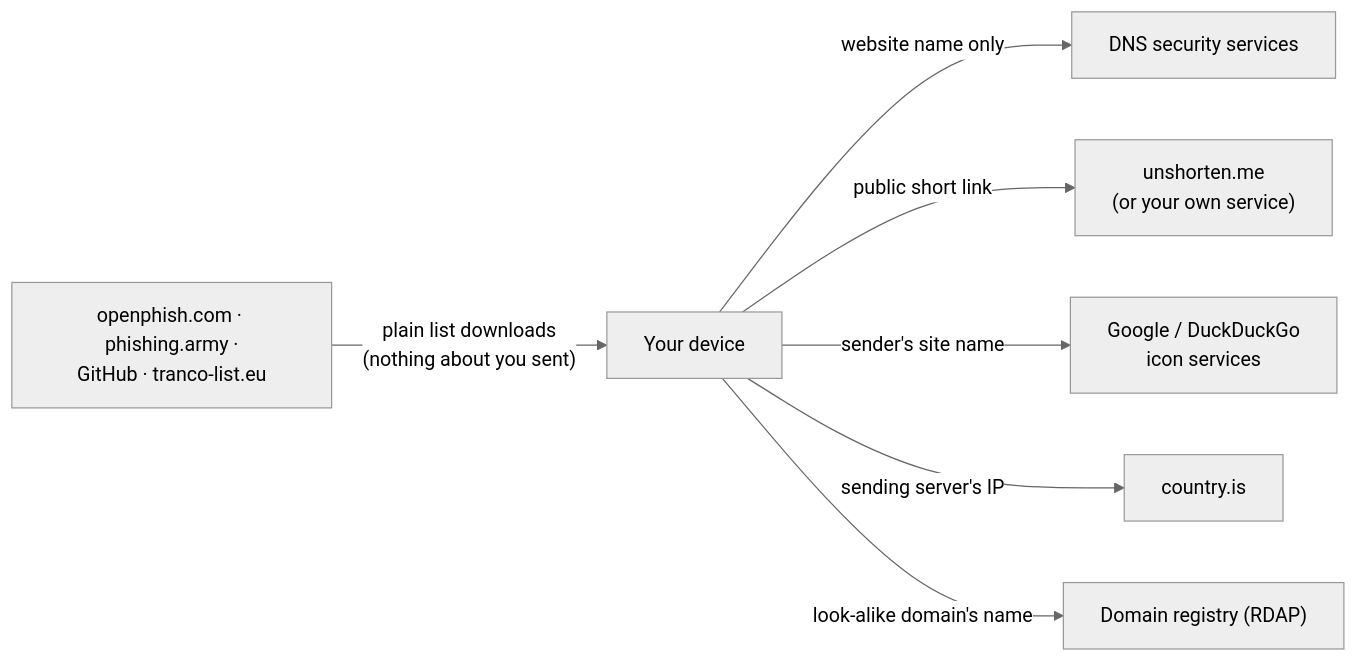
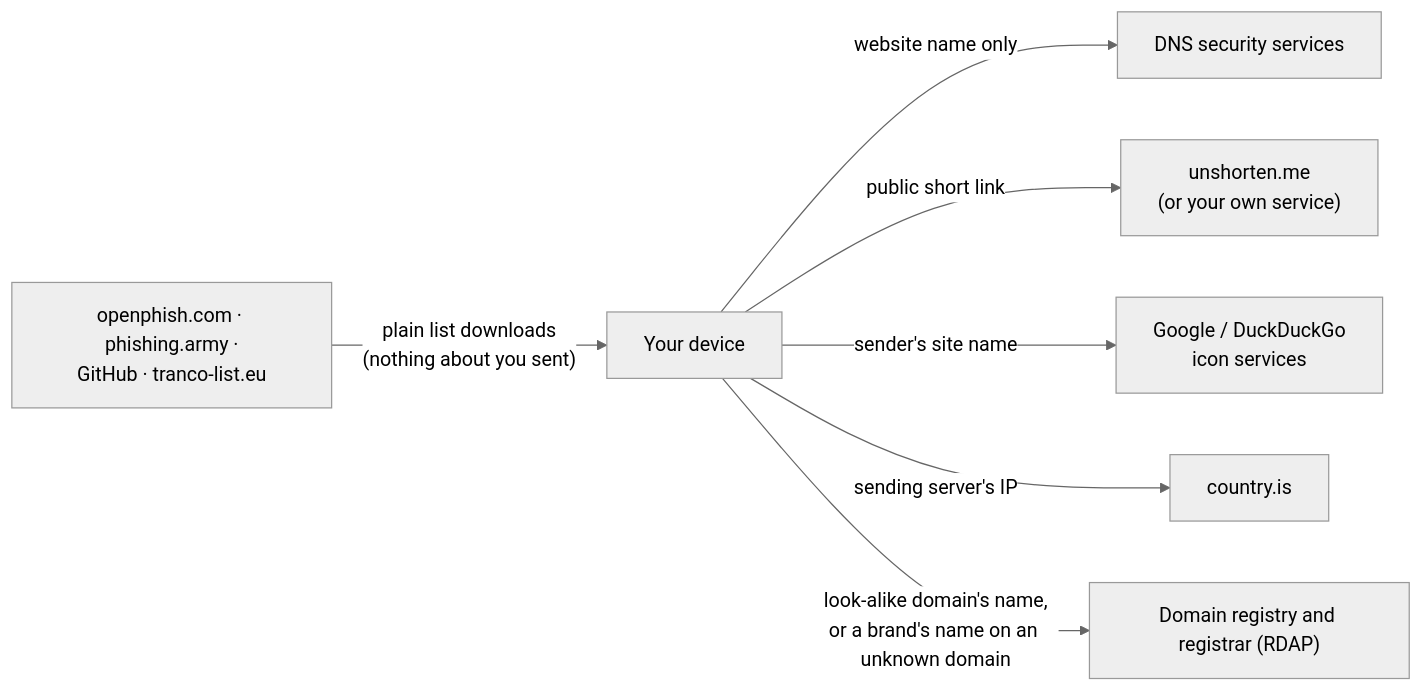
The seventh of 7 diagrams in docs/ARCHITECTURE.md (thecodewarrior2/SPRUCE-Browser-Extension), drawn with Mermaid (neutral theme) before and after one commit. The commit also changed 12 other files, not shown here.

````diff
--- a/docs/ARCHITECTURE.md
+++ b/docs/ARCHITECTURE.md
@@ -236,9 +236,9 @@
 ```mermaid
 flowchart LR
   D["Your device"] -- "website name only" --> DNS["DNS security services"]
   D -- "public short link" --> UN["unshorten.me<br/>(or your own service)"]
   D -- "sender's site name" --> IC["Google / DuckDuckGo<br/>icon services"]
   D -- "sending server's IP" --> CI["country.is"]
-  D -- "look-alike domain's name" --> RD["Domain registry (RDAP)"]
+  D -- "look-alike domain's name,<br/>or a brand's name on an unknown domain" --> RD["Domain registry and registrar (RDAP)"]
   LS["openphish.com · phishing.army ·<br/>GitHub · tranco-list.eu"] -- "plain list downloads<br/>(nothing about you sent)" --> D
 ```
````
